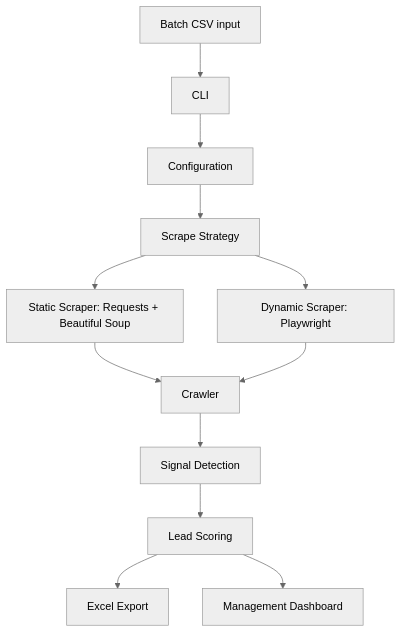
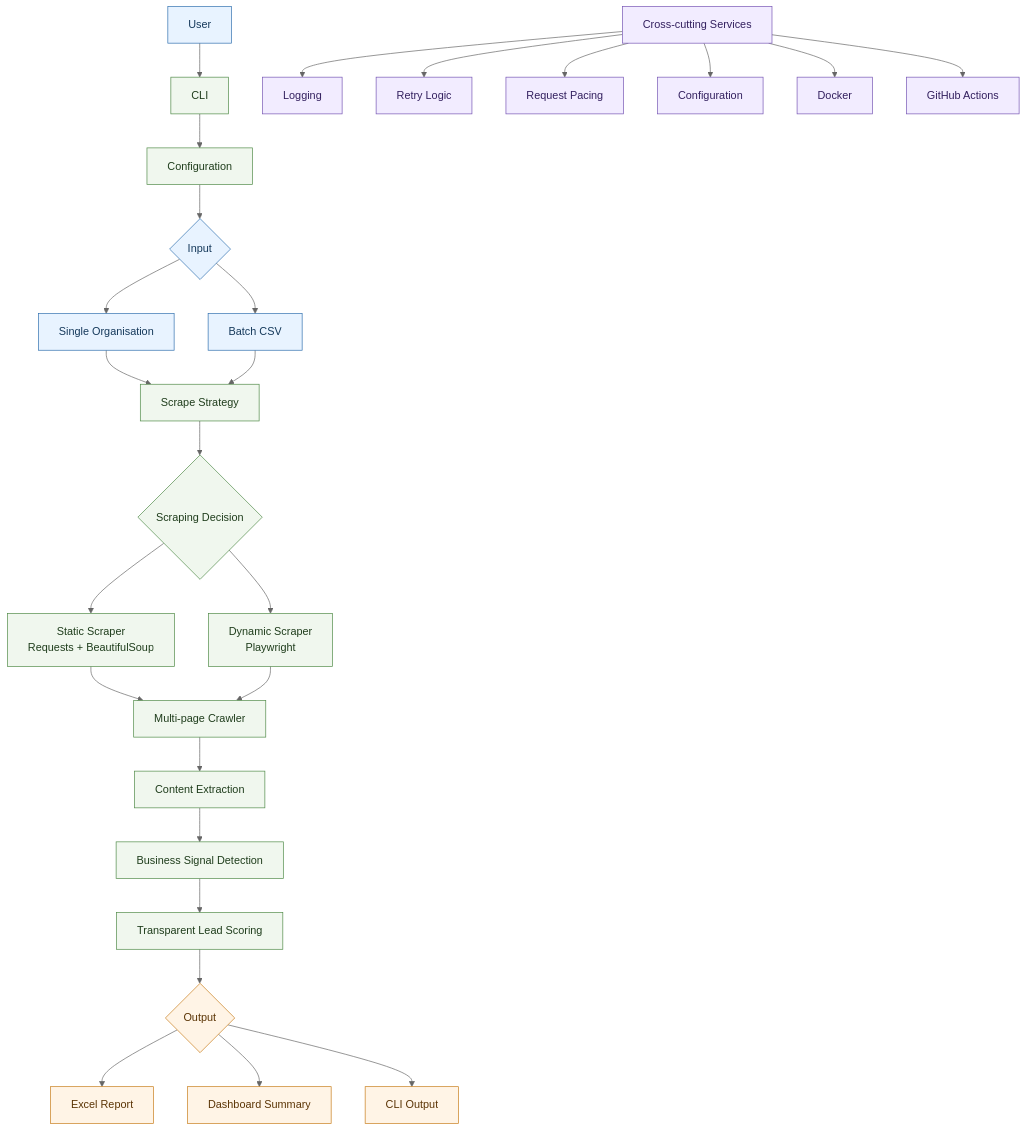
One commit to Rakibul-cyber/smart-infrastructure-lead-intelligence changed the diagram in README.md. Above: the diagram before and after it, drawn with Mermaid (neutral theme). The commit also changed other lines of this file and 2 other files, not shown here.

Commit message:
Enhance documentation with architecture and project structure details

````diff
--- a/README.md
+++ b/README.md
@@ -56,14 +90,40 @@
 ```mermaid
 flowchart TD
-    CLI[CLI] --> Config[Configuration]
-    Batch[Batch CSV input] --> CLI
-    Config --> Strategy[Scrape Strategy]
-    Strategy --> Static[Static Scraper: Requests + Beautiful Soup]
-    Strategy --> Dynamic[Dynamic Scraper: Playwright]
-    Static --> Crawler[Crawler]
+    User[User] --> CLI[CLI]
+    CLI --> Config[Configuration]
+    Config --> Input{Input}
+    Input --> Single[Single Organisation]
+    Input --> Batch[Batch CSV]
+    Single --> Strategy[Scrape Strategy]
+    Batch --> Strategy
+    Strategy --> Decision{Scraping Decision}
+    Decision --> Static[Static Scraper<br/>Requests + BeautifulSoup]
+    Decision --> Dynamic[Dynamic Scraper<br/>Playwright]
+    Static --> Crawler[Multi-page Crawler]
     Dynamic --> Crawler
-    Crawler --> Signals[Signal Detection]
-    Signals --> Scoring[Lead Scoring]
-    Scoring --> Export[Excel Export]
-    Scoring --> Dashboard[Management Dashboard]
+    Crawler --> Extraction[Content Extraction]
+    Extraction --> Signals[Business Signal Detection]
+    Signals --> Scoring[Transparent Lead Scoring]
+    Scoring --> Output{Output}
+    Output --> Excel[Excel Report]
+    Output --> Dashboard[Dashboard Summary]
+    Output --> CliOutput[CLI Output]
+
+    CrossCutting[Cross-cutting Services]
+    CrossCutting --> Logging[Logging]
+    CrossCutting --> Retry[Retry Logic]
+    CrossCutting --> Pacing[Request Pacing]
+    CrossCutting --> ConfigService[Configuration]
+    CrossCutting --> Docker[Docker]
+    CrossCutting --> Actions[GitHub Actions]
+
+    classDef input fill:#E8F3FF,stroke:#2F6FAE,color:#15395B
+    classDef processing fill:#F0F7EE,stroke:#4F8A47,color:#1F3D1C
+    classDef output fill:#FFF4E6,stroke:#C77D1A,color:#5B3405
+    classDef infrastructure fill:#F2ECFF,stroke:#7554B3,color:#33205F
+
+    class User,Input,Single,Batch input
+    class CLI,Config,Strategy,Decision,Static,Dynamic,Crawler,Extraction,Signals,Scoring processing
+    class Output,Excel,Dashboard,CliOutput output
+    class CrossCutting,Logging,Retry,Pacing,ConfigService,Docker,Actions infrastructure
 ```
````
